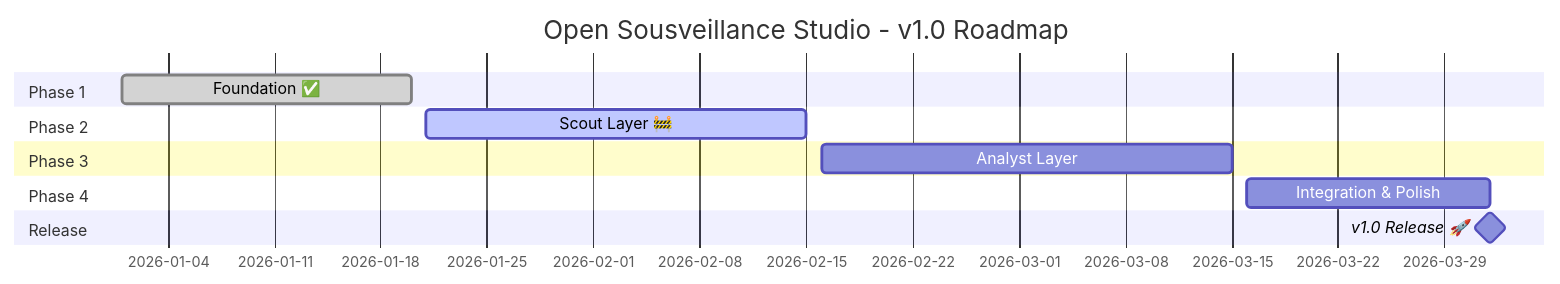
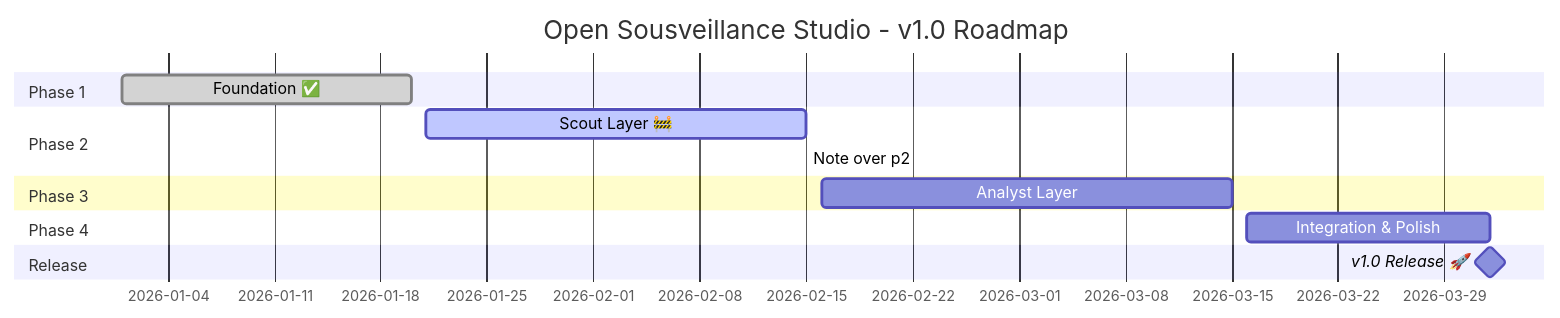
One commit to Hams-Ollo/alachua-civic-intelligence-reporting-studio changed the diagram in docs/PROJECT_PLAN.md. Above: the diagram before and after it, drawn with Mermaid. The commit also changed other lines of this file and 6 other files, not shown here.

````diff
--- a/docs/PROJECT_PLAN.md
+++ b/docs/PROJECT_PLAN.md
@@ -35,20 +35,21 @@
 ```mermaid
 gantt
     title Open Sousveillance Studio - v1.0 Roadmap
     dateFormat  YYYY-MM-DD
-    
+
     section Phase 1
     Foundation ✅           :done, p1, 2026-01-01, 2026-01-20
-    
+
     section Phase 2
     Scout Layer 🚧          :active, p2, 2026-01-21, 2026-02-15
-    
+    Note over p2: Scouts run daily at 4am and can be manually triggered via API or Dev Console
+
     section Phase 3
     Analyst Layer           :p3, 2026-02-16, 2026-03-15
-    
+
     section Phase 4
     Integration & Polish    :p4, 2026-03-16, 2026-04-01
-    
+
     section Release
     v1.0 Release 🚀         :milestone, 2026-04-01, 0d
 ```
````
